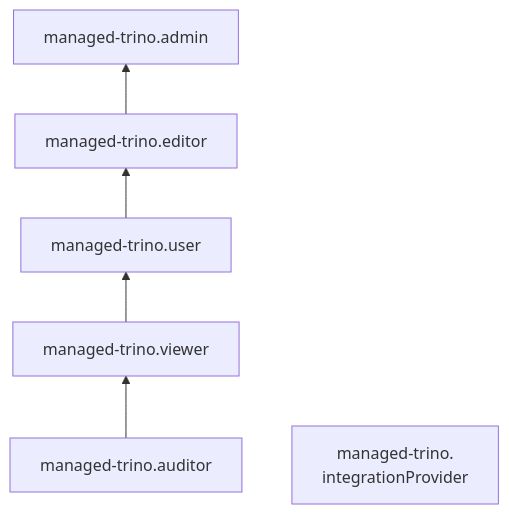
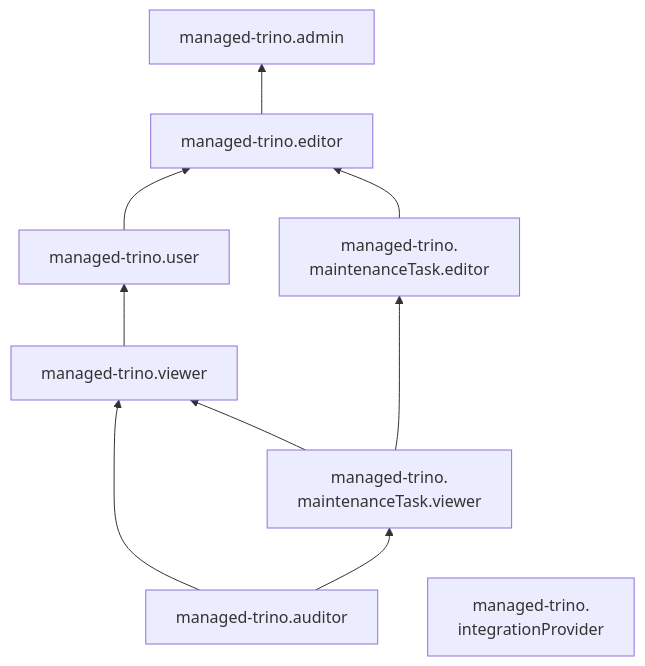
Before and after one commit to yandex-cloud/docs: the diagram in ru/_mermaid/roles/managed-trino.md, drawn with Mermaid. The commit also changed 584 other files, not shown here.

````diff
--- a/ru/_mermaid/roles/managed-trino.md
+++ b/ru/_mermaid/roles/managed-trino.md
@@ -1,9 +1,15 @@
 ```mermaid
 flowchart BT
-    managed-trino.auditor --> managed-trino.viewer
     managed-trino.viewer --> managed-trino.user
     managed-trino.user --> managed-trino.editor
     managed-trino.editor --> managed-trino.admin
+    managed-trino.auditor --> managed-trino.viewer
+    managed-trino.auditor --> managed-trino.maintenanceTask.viewer["`managed-trino.
+    maintenanceTask.viewer`"]
+    managed-trino.maintenanceTask.viewer --> managed-trino.maintenanceTask.editor["`managed-trino.
+    maintenanceTask.editor`"]
+    managed-trino.maintenanceTask.viewer --> managed-trino.viewer
+    managed-trino.maintenanceTask.editor --> managed-trino.editor
     managed-trino.integrationProvider["`managed-trino.
     integrationProvider`"]
 ```
````
